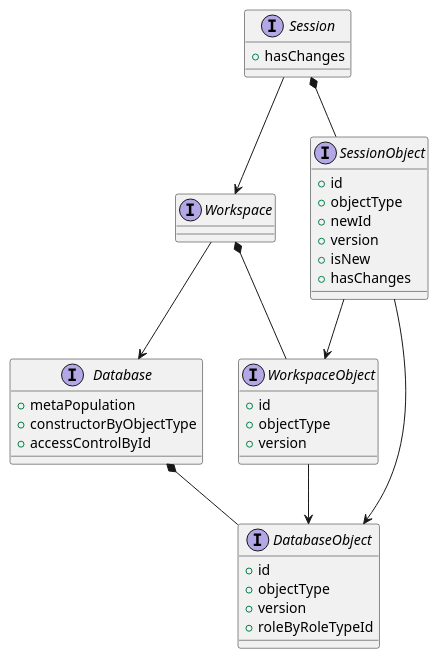
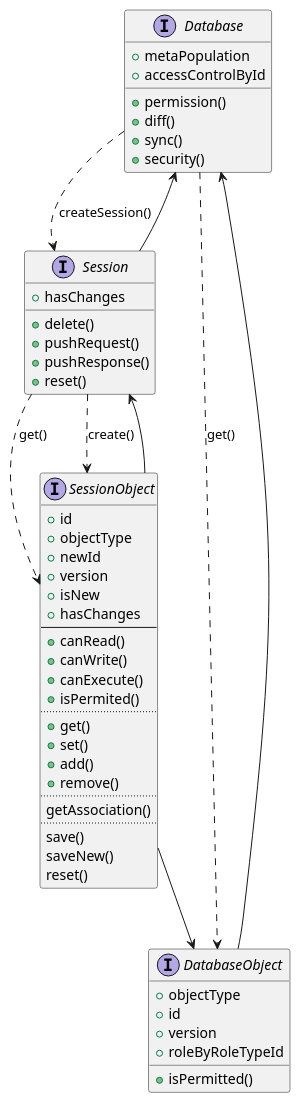
Before and after one commit to allors/allors3: the diagram in Platform/Workspace/Typescript/libs/workspace/system/src/overview.puml, drawn with PlantUML. The commit also changed 10 other files, not shown here.

```diff
--- a/Platform/Workspace/Typescript/libs/workspace/system/src/overview.puml
+++ b/Platform/Workspace/Typescript/libs/workspace/system/src/overview.puml
@@ -1,52 +1,65 @@
 @startuml overview
 
 ' Database
 '---------
 interface Database {
     +metaPopulation
-    +constructorByObjectType
     +accessControlById
+    +permission()
+    +diff()
+    +sync()
+    +security()
 }
-Database *-- DatabaseObject
+Database ..> Session : createSession()
+Database ..> DatabaseObject : get()
 
-interface DatabaseObject {
+interface DatabaseObject{
+    +objectType
     +id
-    +objectType
     +version
     +roleByRoleTypeId
+    +isPermitted()
 }
-
-' Workspace
-'---------
-interface Workspace {
-}
-Workspace --> Database
-Workspace *-- WorkspaceObject
-
-interface WorkspaceObject {
-    +id
-    +objectType
-    +version
-}
-WorkspaceObject --> DatabaseObject
+DatabaseObject --> Database
 
 ' Session
 '---------
 interface Session {
     +hasChanges
+    +delete()
+    +pushRequest()
+    +pushResponse()
+    +reset()
 }
-Session --> Workspace
-Session *-- SessionObject
+Session --> Database
+Session ..> SessionObject : get()
+Session ..> SessionObject : create()
 
 interface SessionObject {
     +id
     +objectType
     +newId
     +version
     +isNew
     +hasChanges
+    --
+    +canRead()
+    +canWrite()
+    +canExecute()
+    +isPermited()
+    ..
+    +get()
+    +set()
+    +add()
+    +remove()
+    ..
+    getAssociation()
+    ..
+    save()
+    saveNew()
+    reset()
 }
-SessionObject --> WorkspaceObject
+SessionObject --> Session
 SessionObject --> DatabaseObject
 
 @enduml
```
